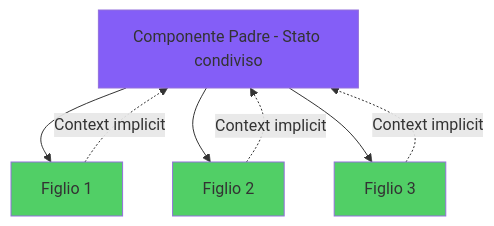
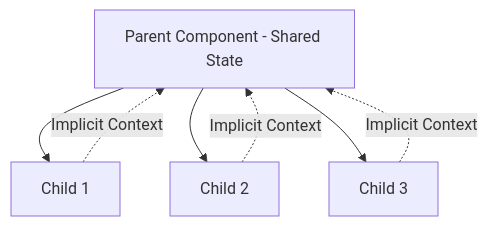
The tenth of 12 diagrams in arguments/chapters/it/03-component-patterns-best-practices.md (BabaScience/react-guides), drawn with Mermaid before and after one commit. The commit also changed other lines of this file and 29 other files, not shown here.

First line of the commit message:
Bring React FR/IT translations to full English parity + theme-safe diagrams

````diff
--- a/arguments/chapters/it/03-component-patterns-best-practices.md
+++ b/arguments/chapters/it/03-component-patterns-best-practices.md
@@ -355,15 +1994,11 @@
 ```mermaid
 graph TD
-    A[Componente Padre - Stato condiviso] --> B[Figlio 1]
-    A --> C[Figlio 2]
-    A --> D[Figlio 3]
+    A[Parent Component - Shared State] --> B[Child 1]
+    A --> C[Child 2]
+    A --> D[Child 3]
     
-    B -.Context implicito.-> A
-    C -.Context implicito.-> A
-    D -.Context implicito.-> A
+    B -.Implicit Context.-> A
+    C -.Implicit Context.-> A
+    D -.Implicit Context.-> A
     
-    style A fill:#845ef7
-    style B fill:#51cf66
-    style C fill:#51cf66
-    style D fill:#51cf66
 ```
````
